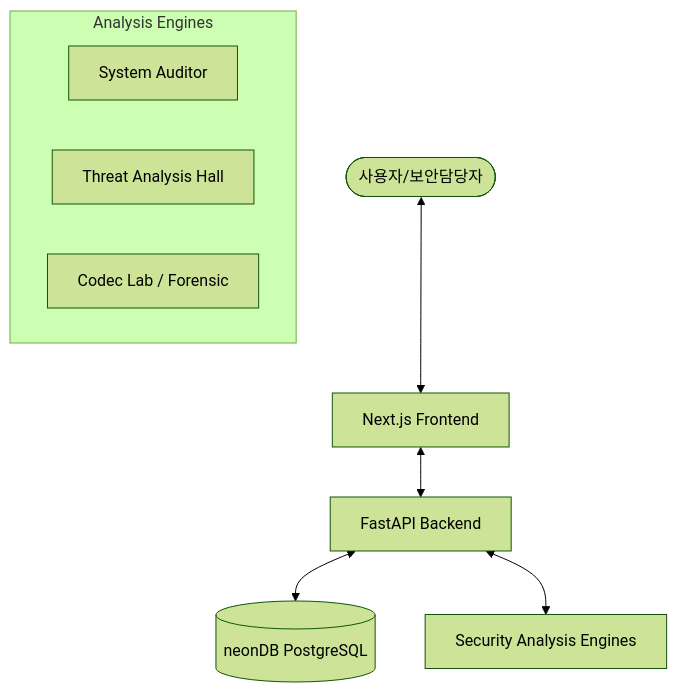
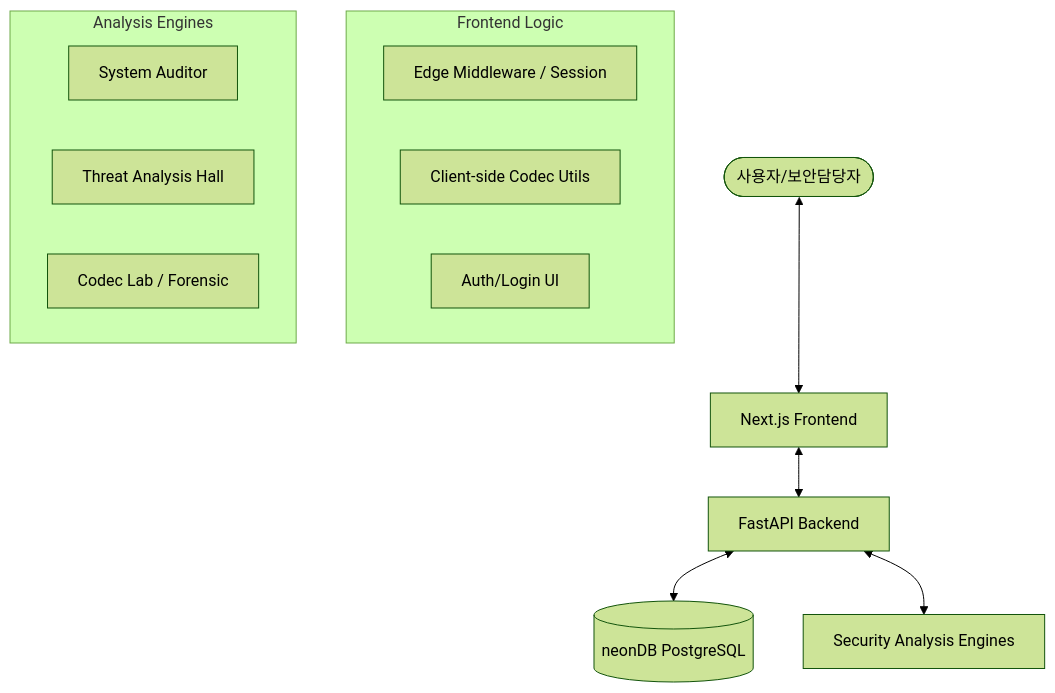
One commit to kjh9171/cert_decode changed the diagram in README.md. Above: the diagram before and after it, drawn with Mermaid (forest theme). The commit also changed other lines of this file, not shown here.

Commit message:
Update README.md with V2.0 features (Auth, Route Protection, CodecLab)

````diff
--- a/README.md
+++ b/README.md
@@ -13,13 +19,19 @@
 ```mermaid
 graph TD
     User([사용자/보안담당자]) <--> Frontend[Next.js Frontend]
     Frontend <--> Backend[FastAPI Backend]
     Backend <--> Database[(neonDB PostgreSQL)]
     Backend <--> Services[Security Analysis Engines]
 
+    subgraph Frontend Logic
+        Middleware[Edge Middleware / Session]
+        CodecEngine[Client-side Codec Utils]
+        AuthUI[Auth/Login UI]
+    end
+
     subgraph Analysis Engines
         SystemAuditor[System Auditor]
         ThreatAnalyzer[Threat Analysis Hall]
         CodecLab[Codec Lab / Forensic]
     end
 ```
````
